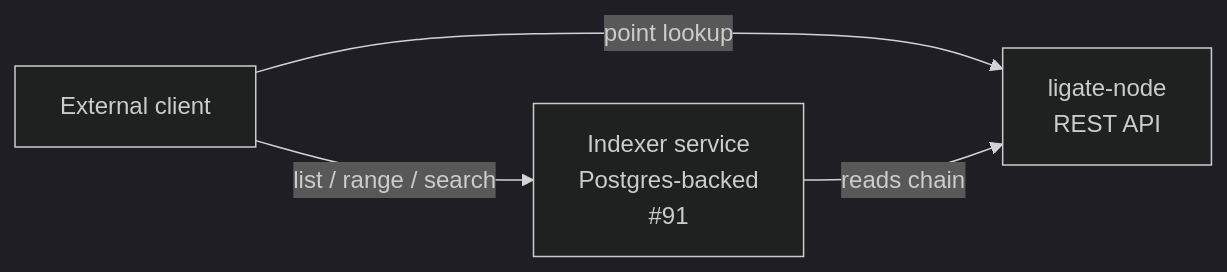
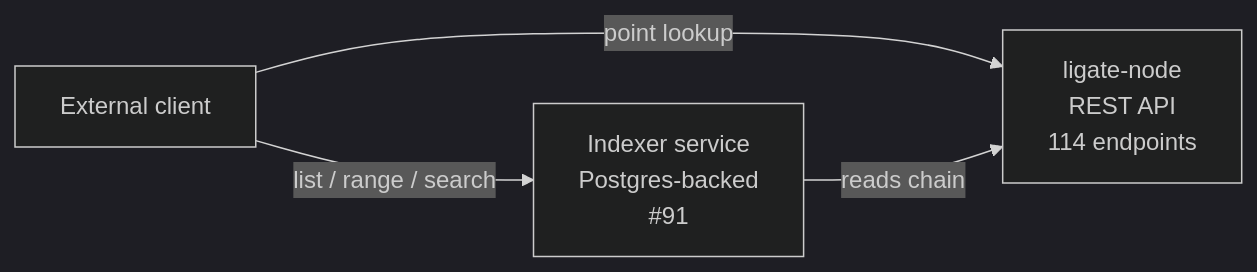
Before and after one commit to ligate-io/ligate-chain: the diagram in docs/protocol/rest-api.md, drawn with Mermaid (dark theme). The commit also changed other lines of this file, not shown here.

Commit message:
Expand rest-api.md: full 114-route surface and per-section curl examples

````diff
--- a/docs/protocol/rest-api.md
+++ b/docs/protocol/rest-api.md
@@ -19,10 +21,10 @@
 ```mermaid
 graph LR
     Client[External client]
-    Node[ligate-node<br/>REST API]
+    Node[ligate-node<br/>REST API<br/>114 endpoints]
     Indexer[Indexer service<br/>Postgres-backed<br/>#91]
 
     Client -->|point lookup| Node
     Client -->|list / range / search| Indexer
     Indexer -->|reads chain| Node
 ```
````
